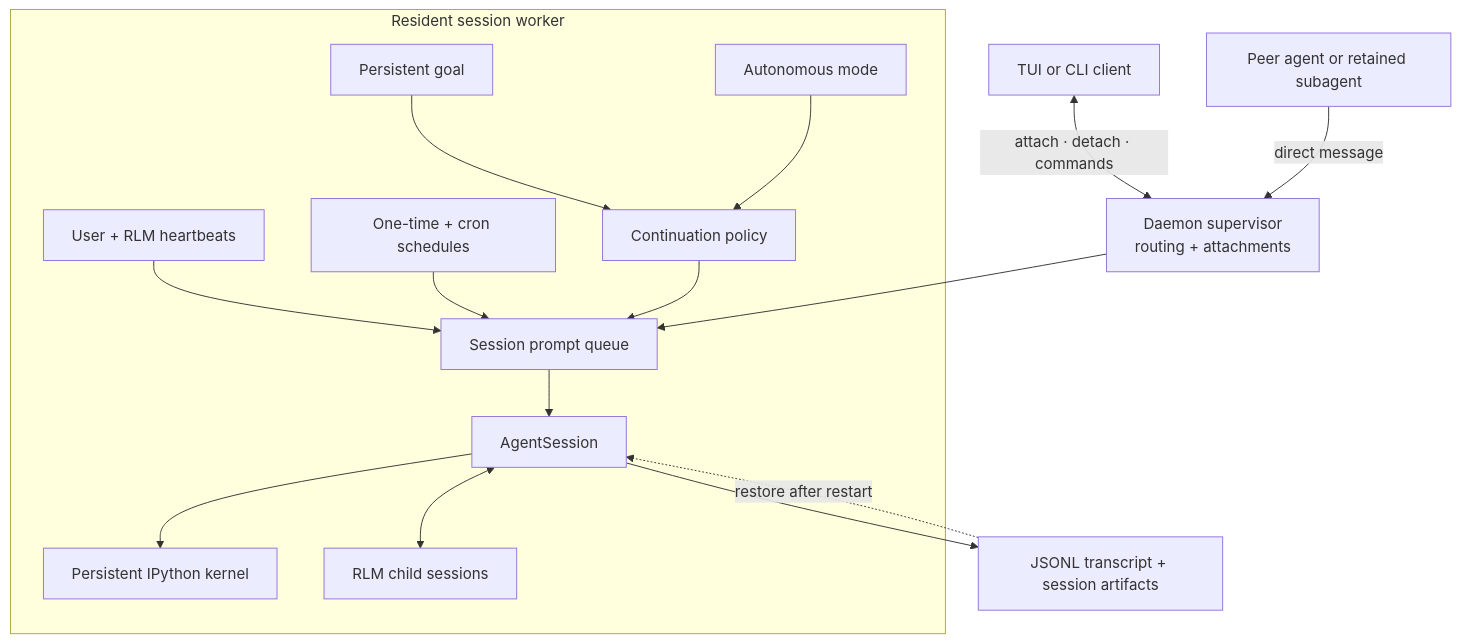
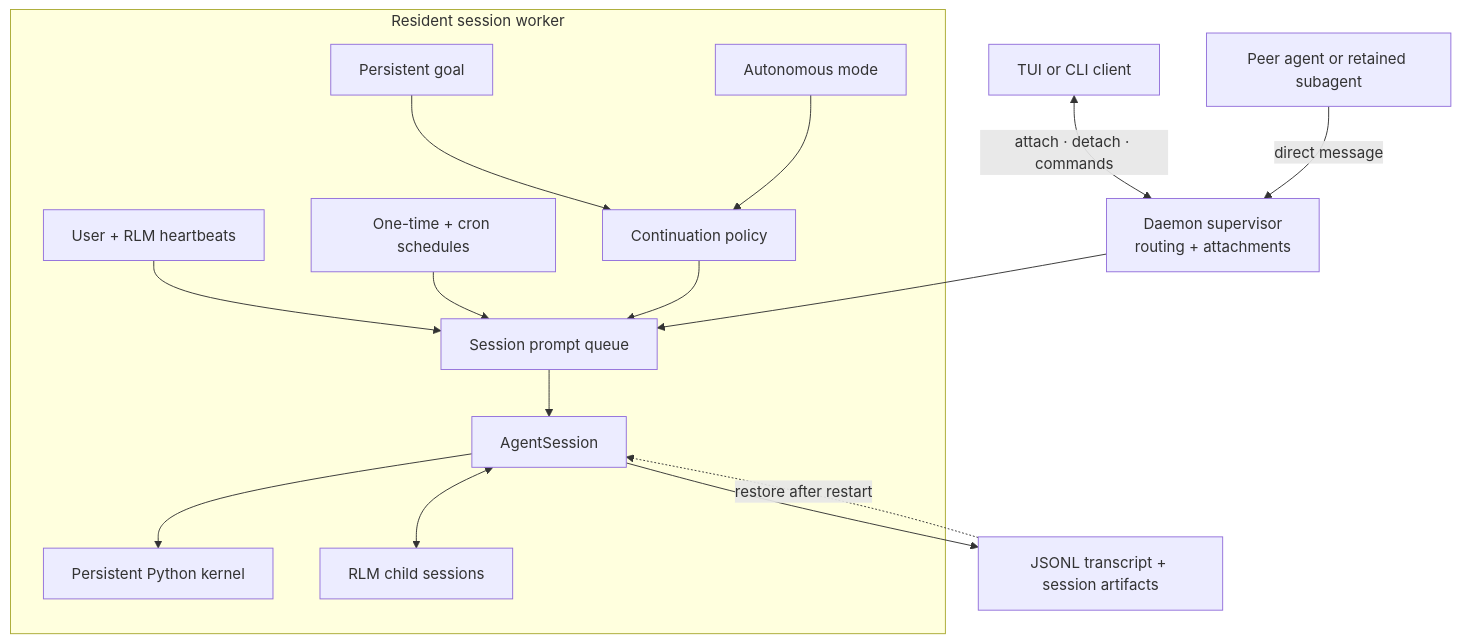
Before and after one commit to Orcein-Labs/Cyan: the diagram in packages/coding-agent/docs/long-running-agents.md, drawn with Mermaid. The commit also changed other lines of this file and 111 other files, not shown here.

````diff
--- a/packages/coding-agent/docs/long-running-agents.md
+++ b/packages/coding-agent/docs/long-running-agents.md
@@ -7,35 +7,35 @@
 ```mermaid
 flowchart TD
     client["TUI or CLI client"]
     peer["Peer agent or retained subagent"]
     supervisor["Daemon supervisor<br/>routing + attachments"]
 
     subgraph worker["Resident session worker"]
         heartbeat["User + RLM heartbeats"]
         schedule["One-time + cron schedules"]
         goal["Persistent goal"]
         autonomous["Autonomous mode"]
         policy["Continuation policy"]
         queue["Session prompt queue"]
         session["AgentSession"]
-        kernel["Persistent IPython kernel"]
+        kernel["Persistent Python kernel"]
         children["RLM child sessions"]
 
         heartbeat --> queue
         schedule --> queue
         goal --> policy
         autonomous --> policy
         policy --> queue
         queue --> session
         session --> kernel
         session <--> children
     end
 
     artifacts["JSONL transcript + session artifacts"]
 
     client <-->|"attach · detach · commands"| supervisor
     peer -->|"direct message"| supervisor
     supervisor --> queue
     session --> artifacts
     artifacts -. "restore after restart" .-> session
 ```
````
